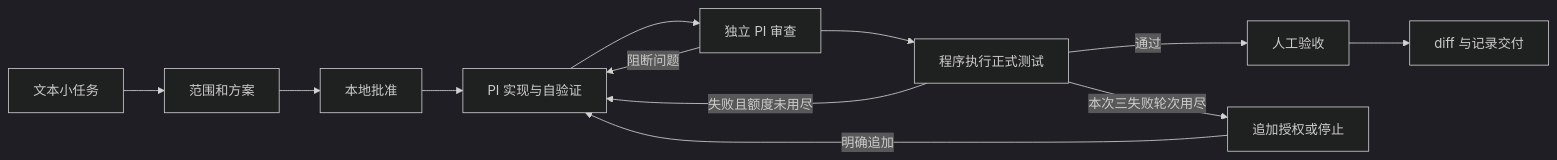
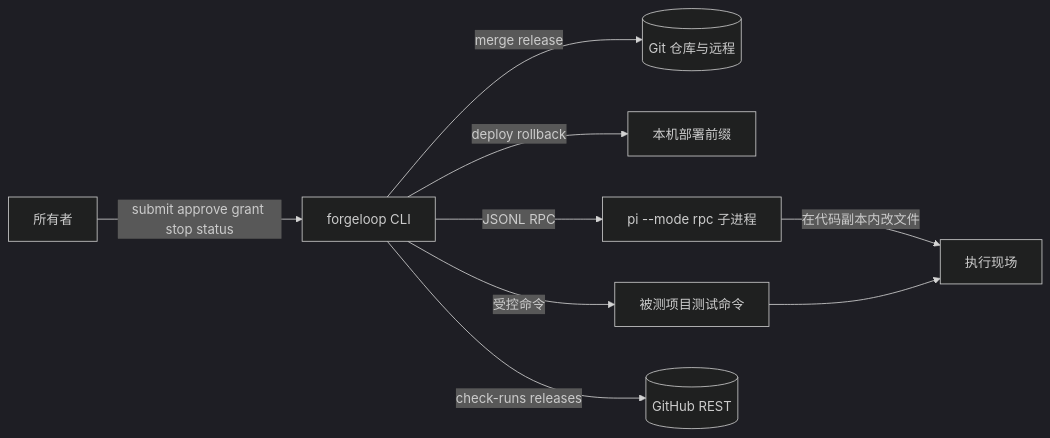
The first of 4 diagrams in docs/architecture.md (Lijiajin95/ForgeLoop), drawn with Mermaid (dark theme) before and after one commit. The commit also changed other lines of this file and 13 other files, not shown here.

First line of the commit message:
feat(architecture): 架构契约门禁与架构描述同步

````diff
--- a/docs/architecture.md
+++ b/docs/architecture.md
@@ -19,14 +20,11 @@
 ```mermaid
 flowchart LR
-  Input[文本小任务] --> Plan[范围和方案]
-  Plan --> Approval[本地批准]
-  Approval --> Dev[PI 实现与自验证]
-  Dev --> Review[独立 PI 审查]
-  Review --> Test[程序执行正式测试]
-  Review -->|阻断问题| Dev
-  Test -->|通过| Accept[人工验收]
-  Test -->|失败且额度未用尽| Dev
-  Test -->|本次三失败轮次用尽| Grant[追加授权或停止]
-  Grant -->|明确追加| Dev
-  Accept --> Delivery[diff 与记录交付]
+  Owner[所有者] -->|submit approve grant stop status| CLI[forgeloop CLI]
+  CLI -->|merge release| Git[(Git 仓库与远程)]
+  CLI -->|deploy rollback| Prefix[本机部署前缀]
+  CLI -->|JSONL RPC| PI[pi --mode rpc 子进程]
+  CLI -->|受控命令| Project[被测项目测试命令]
+  CLI -->|check-runs releases| GitHub[(GitHub REST)]
+  PI -->|在代码副本内改文件| WS[执行现场]
+  Project --> WS
 ```
````
